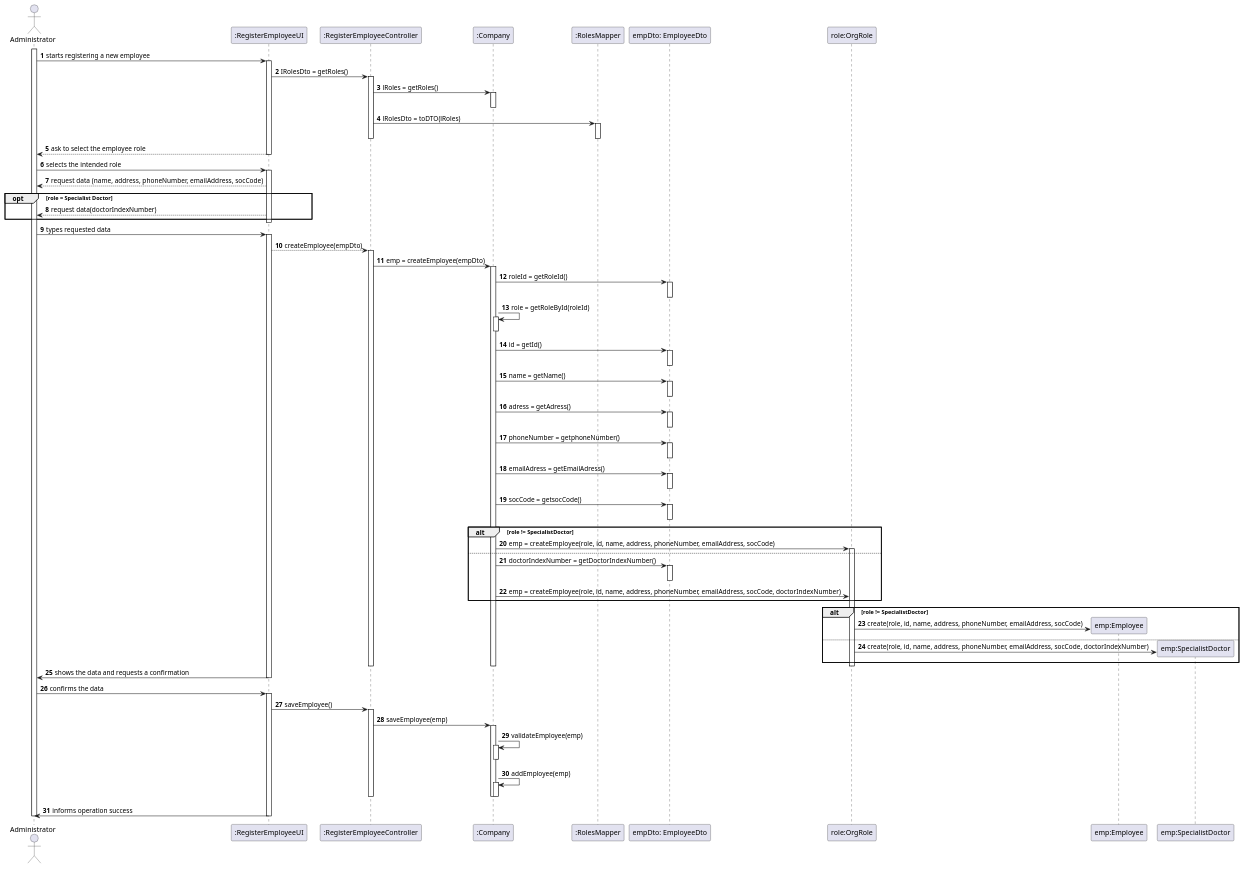
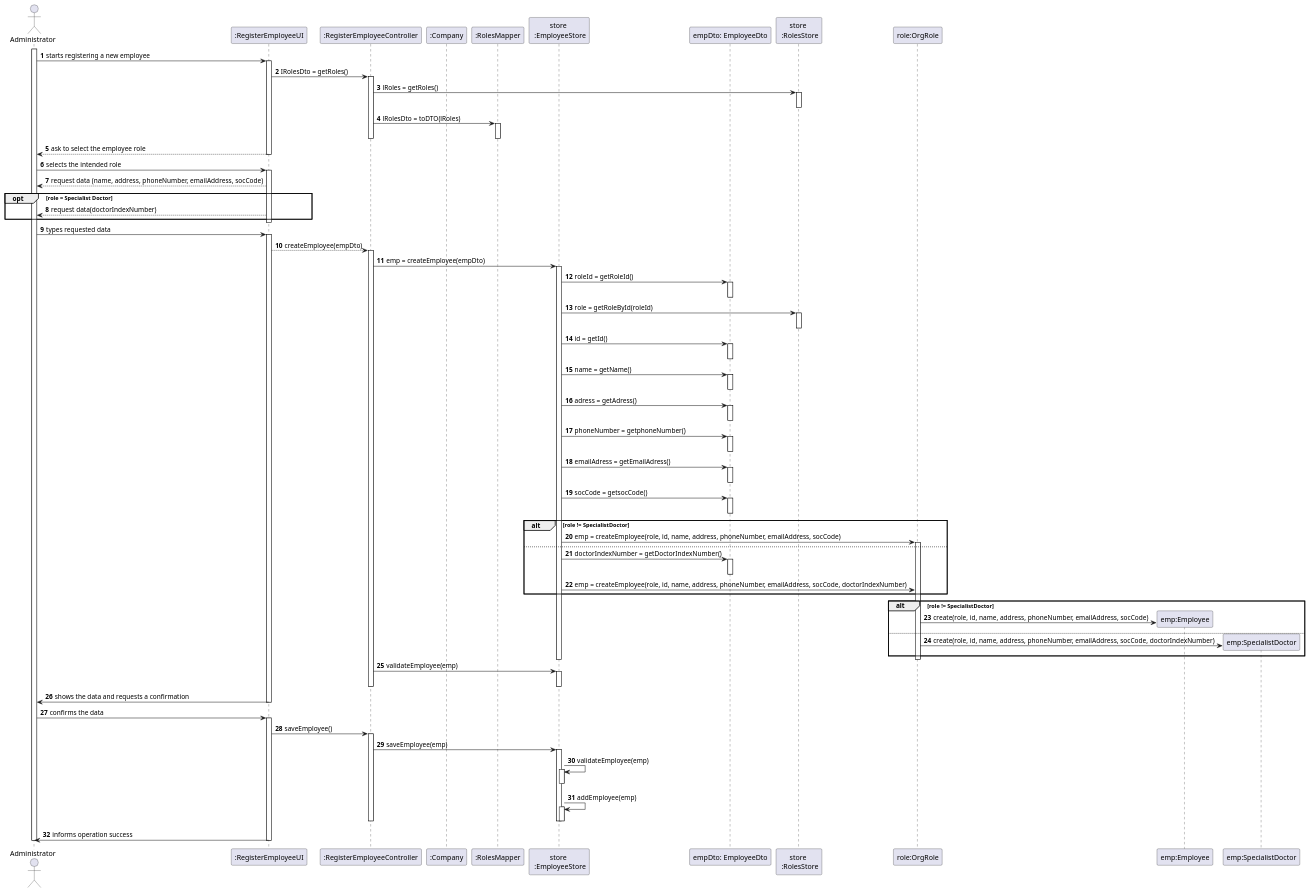
The diagram in docs/SprintB/US7_CreateEmployee/US007_SD.puml (Pedromaia26/LAPR2-ISEP), drawn with PlantUML before and after one commit.

Commit message:
Applying stores SD US7

```diff
--- a/docs/SprintB/US7_CreateEmployee/US007_SD.puml
+++ b/docs/SprintB/US7_CreateEmployee/US007_SD.puml
@@ -1,105 +1,110 @@
 @startuml
 actor Administrator as Adm
 participant ":RegisterEmployeeUI" as Interface
 participant ":RegisterEmployeeController" as Controller
 participant ":Company" as Company
 participant ":RolesMapper" as RolesMapper
+participant "store \n :EmployeeStore" as estore
 participant "empDto: EmployeeDto" as EmployeeDto
+participant "store \n :RolesStore" as rstore
 participant "role:OrgRole" as OrgRole
 
 
 autonumber
 activate Adm
 Adm -> Interface: starts registering a new employee
 activate Interface
 Interface -> Controller: IRolesDto = getRoles()
 activate Controller
-Controller -> Company: lRoles = getRoles()
-activate Company
-deactivate Company
+Controller -> rstore: lRoles = getRoles()
+activate rstore
+deactivate rstore
 Controller -> RolesMapper: lRolesDto = toDTO(lRoles)
 activate RolesMapper
 deactivate RolesMapper
 deactivate Controller
 Interface --> Adm: ask to select the employee role
 deactivate Interface
 Adm -> Interface: selects the intended role
 activate Interface
 Interface --> Adm: request data (name, address, phoneNumber, emailAddress, socCode)
 opt role = Specialist Doctor
     Interface --> Adm: request data(doctorIndexNumber)
 end
 deactivate Interface
 
 
 Adm -> Interface: types requested data
 activate Interface
 Interface --> Controller: createEmployee(empDto)
 activate Controller
-Controller -> Company: emp = createEmployee(empDto)
-activate Company
-Company -> EmployeeDto: roleId = getRoleId()
+Controller -> estore: emp = createEmployee(empDto)
+activate estore
+estore -> EmployeeDto: roleId = getRoleId()
 activate EmployeeDto
 deactivate EmployeeDto
-Company -> Company: role = getRoleById(roleId)
-activate Company
-deactivate Company
-Company -> EmployeeDto: id = getId()
+estore -> rstore: role = getRoleById(roleId)
+activate rstore
+deactivate rstore
+estore -> EmployeeDto: id = getId()
 activate EmployeeDto
 deactivate EmployeeDto
-Company -> EmployeeDto: name = getName()
+estore -> EmployeeDto: name = getName()
 activate EmployeeDto
 deactivate EmployeeDto
-Company -> EmployeeDto: adress = getAdress()
+estore -> EmployeeDto: adress = getAdress()
 activate EmployeeDto
 deactivate EmployeeDto
-Company -> EmployeeDto: phoneNumber = getphoneNumber()
+estore -> EmployeeDto: phoneNumber = getphoneNumber()
 activate EmployeeDto
 deactivate EmployeeDto
-Company -> EmployeeDto: emailAdress = getEmailAdress()
+estore -> EmployeeDto: emailAdress = getEmailAdress()
 activate EmployeeDto
 deactivate EmployeeDto
-Company -> EmployeeDto: socCode = getsocCode()
+estore -> EmployeeDto: socCode = getsocCode()
 activate EmployeeDto
 deactivate EmployeeDto
 alt role != SpecialistDoctor
-    Company -> OrgRole: emp = createEmployee(role, id, name, address, phoneNumber, emailAddress, socCode)
+    estore -> OrgRole: emp = createEmployee(role, id, name, address, phoneNumber, emailAddress, socCode)
     activate OrgRole
 else
-    Company -> EmployeeDto: doctorIndexNumber = getDoctorIndexNumber()
+    estore -> EmployeeDto: doctorIndexNumber = getDoctorIndexNumber()
     activate EmployeeDto
     deactivate EmployeeDto
-    Company -> OrgRole: emp = createEmployee(role, id, name, address, phoneNumber, emailAddress, socCode, doctorIndexNumber)
+    estore -> OrgRole: emp = createEmployee(role, id, name, address, phoneNumber, emailAddress, socCode, doctorIndexNumber)
 end
 alt role != SpecialistDoctor
     create "emp:Employee" as Employee
     OrgRole -> Employee: create(role, id, name, address, phoneNumber, emailAddress, socCode)
 else
     create "emp:SpecialistDoctor" as Doctor
     OrgRole -> Doctor:create(role, id, name, address, phoneNumber, emailAddress, socCode, doctorIndexNumber)
 end
 deactivate OrgRole
-deactivate Company
+deactivate estore
+Controller -> estore: validateEmployee(emp)
+activate estore
+deactivate estore
 deactivate Controller
 
 Interface -> Adm: shows the data and requests a confirmation
 deactivate Interface
 Adm -> Interface: confirms the data
 
 activate Interface
 Interface -> Controller: saveEmployee()
 activate Controller
-Controller -> Company: saveEmployee(emp)
-activate Company
-Company -> Company: validateEmployee(emp)
-activate Company
-deactivate Company
-Company -> Company: addEmployee(emp)
-activate Company
-deactivate Company
-deactivate Company
+Controller -> estore: saveEmployee(emp)
+activate estore
+estore -> estore: validateEmployee(emp)
+activate estore
+deactivate estore
+estore -> estore: addEmployee(emp)
+activate estore
+deactivate estore
+deactivate estore
 deactivate Controller
 Interface -> Adm: informs operation success
 deactivate Interface
 deactivate Adm
 @enduml
```
